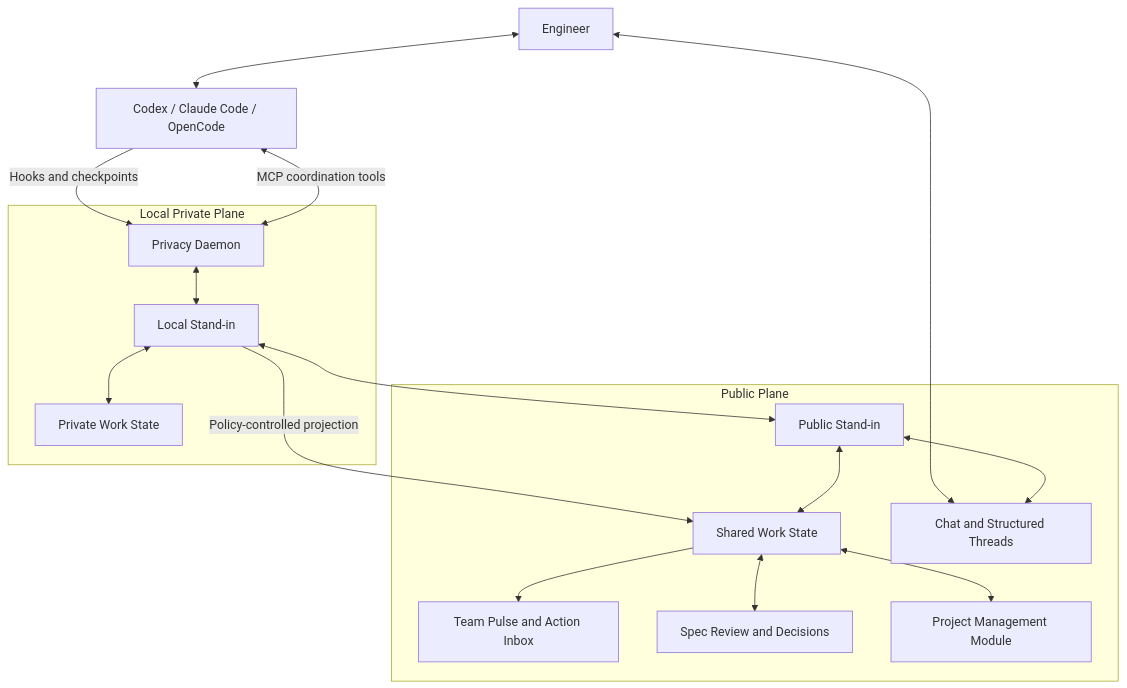
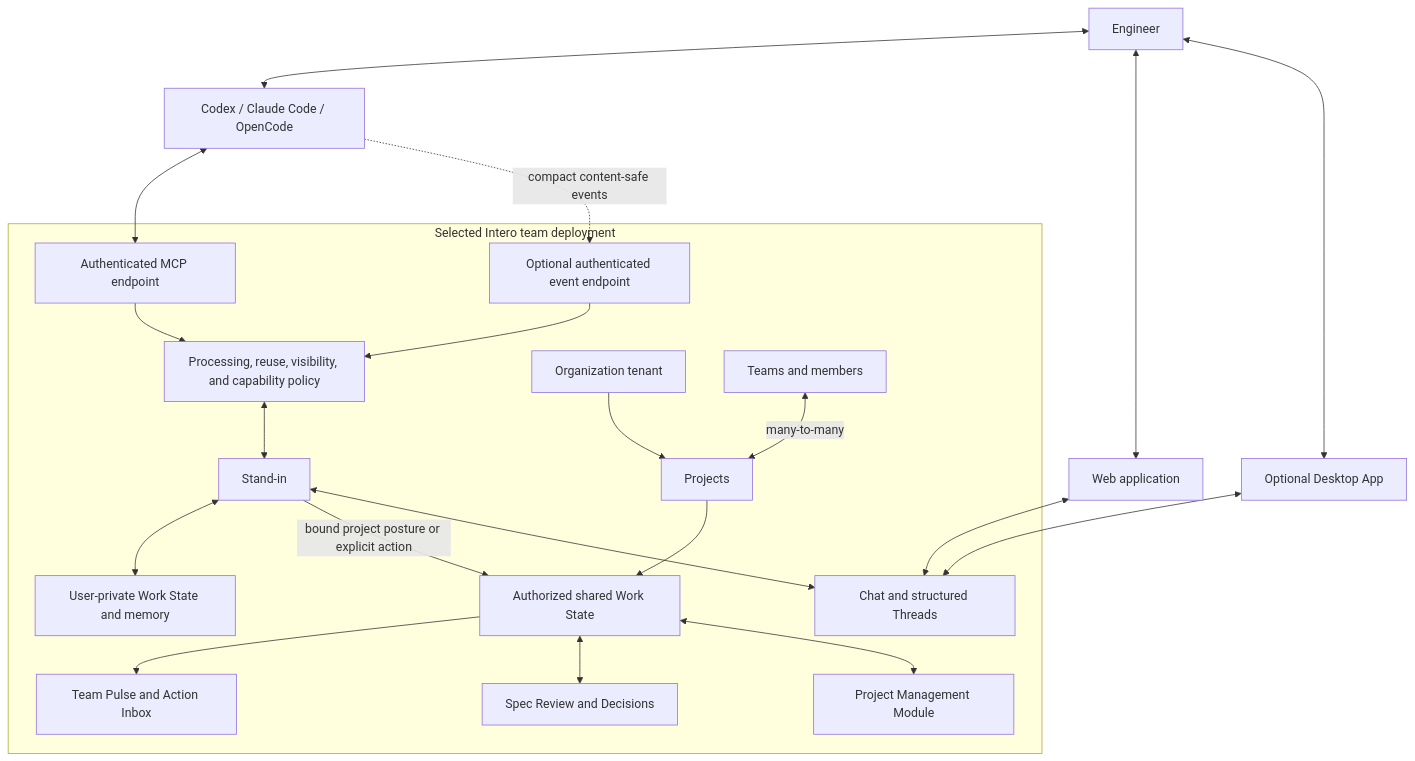
One commit to WatsonHS/intero changed the diagram in docs/brainstorms/2026-07-24-intero-product-requirements.md. Above: the diagram before and after it, drawn with Mermaid. The commit also changed other lines of this file and 13 other files, not shown here.

````diff
--- a/docs/brainstorms/2026-07-24-intero-product-requirements.md
+++ b/docs/brainstorms/2026-07-24-intero-product-requirements.md
@@ -42,34 +51,43 @@
 ```mermaid
 flowchart TB
     Engineer["Engineer"]
     Coding["Codex / Claude Code / OpenCode"]
+    Web["Web application"]
+    Desktop["Optional Desktop App"]
 
-    subgraph Private["Local Private Plane"]
-        Daemon["Privacy Daemon"]
-        LocalRep["Local Stand-in"]
-        PrivateState["Private Work State"]
-    end
-
-    subgraph Public["Public Plane"]
-        PublicRep["Public Stand-in"]
-        Shared["Shared Work State"]
-        Chat["Chat and Structured Threads"]
+    subgraph Cloud["Selected Intero team deployment"]
+        MCP["Authenticated MCP endpoint"]
+        EventIngress["Optional authenticated event endpoint"]
+        Stand-in["Stand-in"]
+        Private["User-private Work State and memory"]
+        Policy["Processing, reuse, visibility, and capability policy"]
+        Shared["Authorized shared Work State"]
+        Chat["Chat and structured Threads"]
         Pulse["Team Pulse and Action Inbox"]
         Review["Spec Review and Decisions"]
-        Project["Project Management Module"]
+        Organization["Organization tenant"]
+        Team["Teams and members"]
+        Project["Projects"]
+        ProjectModule["Project Management Module"]
     end
 
     Engineer <--> Coding
-    Coding -->|"Hooks and checkpoints"| Daemon
-    Coding <-->|"MCP coordination tools"| Daemon
-    Daemon <--> LocalRep
-    LocalRep <--> PrivateState
-    LocalRep -->|"Policy-controlled projection"| Shared
-    LocalRep <--> PublicRep
-    Engineer <--> Chat
-    PublicRep <--> Chat
-    PublicRep <--> Shared
+    Coding <--> MCP
+    Coding -. "compact content-safe events" .-> EventIngress
+    MCP --> Policy
+    EventIngress --> Policy
+    Policy <--> Stand-in
+    Stand-in <--> Private
+    Stand-in -->|"bound project posture or explicit action"| Shared
+    Engineer <--> Web
+    Engineer <--> Desktop
+    Web <--> Chat
+    Desktop <--> Chat
+    Stand-in <--> Chat
+    Organization --> Project
+    Team <-->|"many-to-many"| Project
     Shared --> Pulse
     Shared <--> Review
-    Shared <--> Project
+    Shared <--> ProjectModule
+    Project --> Shared
 ```
````
